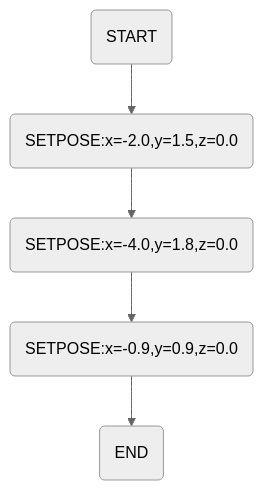
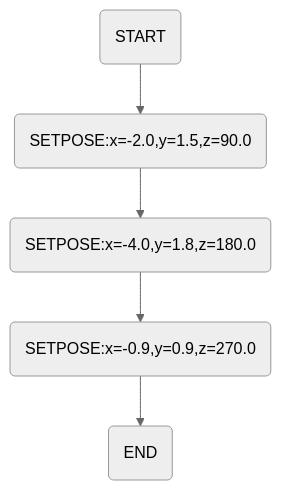
One commit to TakanoTaiga/roboware-neo.universe changed the diagram in launch/roboware_neo_launch/state_graph/s-graph.md. Above: the diagram before and after it, drawn with Mermaid (neutral theme). The commit also changed 3 other files, not shown here.

````diff
--- a/launch/roboware_neo_launch/state_graph/s-graph.md
+++ b/launch/roboware_neo_launch/state_graph/s-graph.md
@@ -1,7 +1,7 @@
 ```mermaid
 graph TB
-  START(START) --> SETPOSE.1(SETPOSE:x=-2.0,y=1.5,z=0.0)
-  SETPOSE.1 --> SETPOSE.2(SETPOSE:x=-4.0,y=1.8,z=0.0)
-  SETPOSE.2 --> SETPOSE.3(SETPOSE:x=-0.9,y=0.9,z=0.0)
+  START(START) --> SETPOSE.1(SETPOSE:x=-2.0,y=1.5,z=90.0)
+  SETPOSE.1 --> SETPOSE.2(SETPOSE:x=-4.0,y=1.8,z=180.0)
+  SETPOSE.2 --> SETPOSE.3(SETPOSE:x=-0.9,y=0.9,z=270.0)
   SETPOSE.3 --> END(END)
 ```
````
